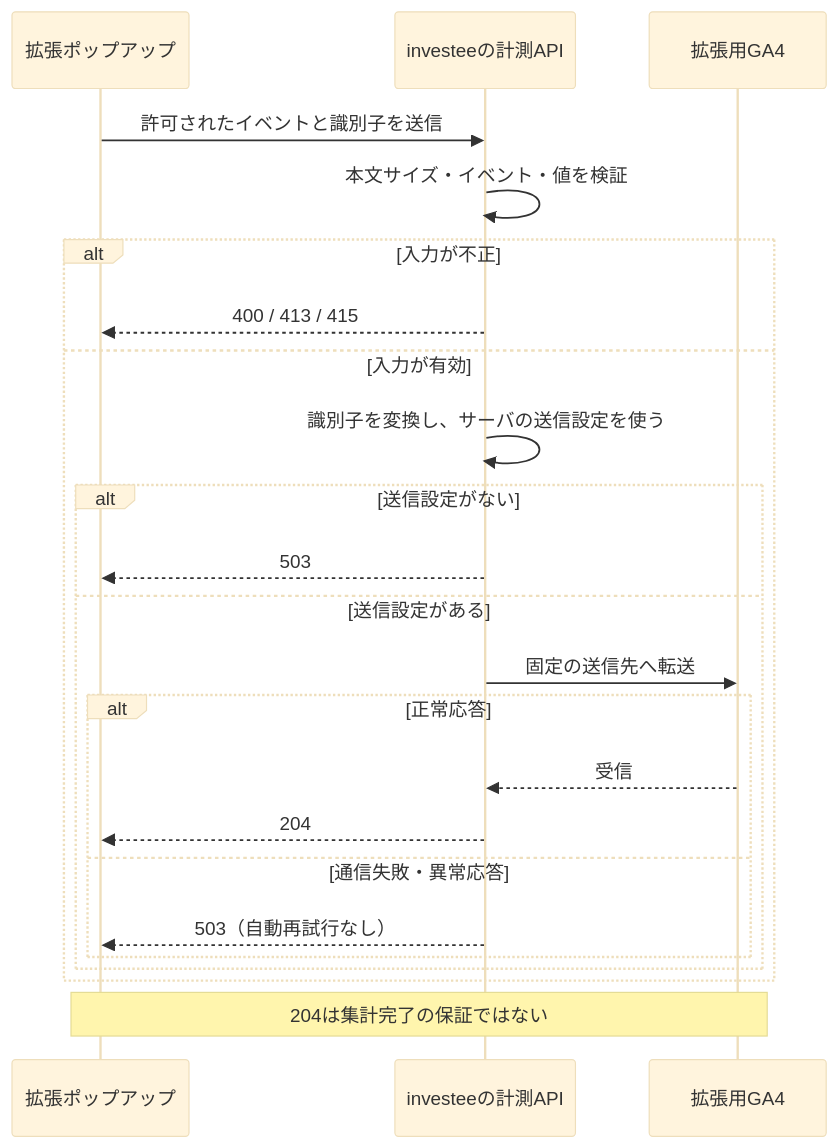
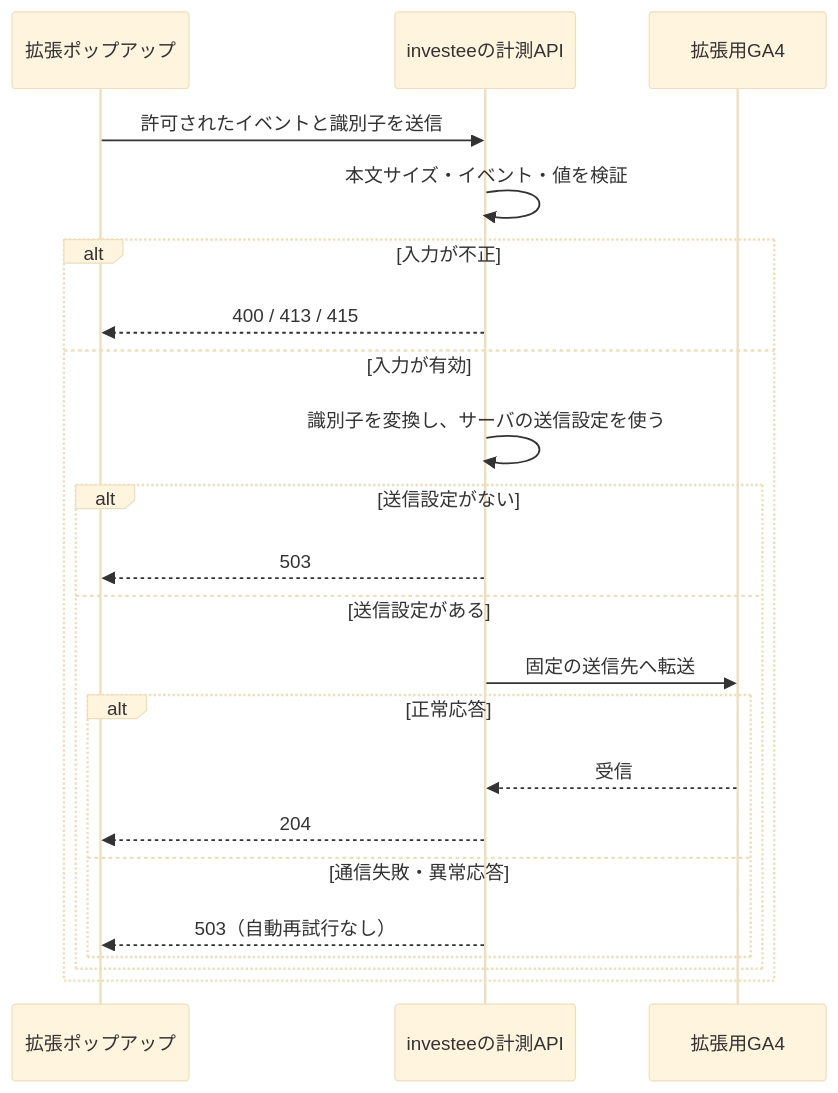
The second of 2 diagrams in docs/analytics/README.md (shin4488/financial-statement), drawn with Mermaid (base theme) before and after one commit. The commit also changed other lines of this file and 7 other files, not shown here.

````diff
--- a/docs/analytics/README.md
+++ b/docs/analytics/README.md
@@ -66,25 +65,24 @@
 ```mermaid
 sequenceDiagram
     participant P as 拡張ポップアップ
     participant A as investeeの計測API
     participant G as 拡張用GA4
     P->>A: 許可されたイベントと識別子を送信
     A->>A: 本文サイズ・イベント・値を検証
     alt 入力が不正
         A-->>P: 400 / 413 / 415
     else 入力が有効
         A->>A: 識別子を変換し、サーバの送信設定を使う
         alt 送信設定がない
             A-->>P: 503
         else 送信設定がある
             A->>G: 固定の送信先へ転送
             alt 正常応答
                 G-->>A: 受信
                 A-->>P: 204
             else 通信失敗・異常応答
                 A-->>P: 503（自動再試行なし）
             end
         end
     end
-    Note over P,G: 204は集計完了の保証ではない
 ```
````
